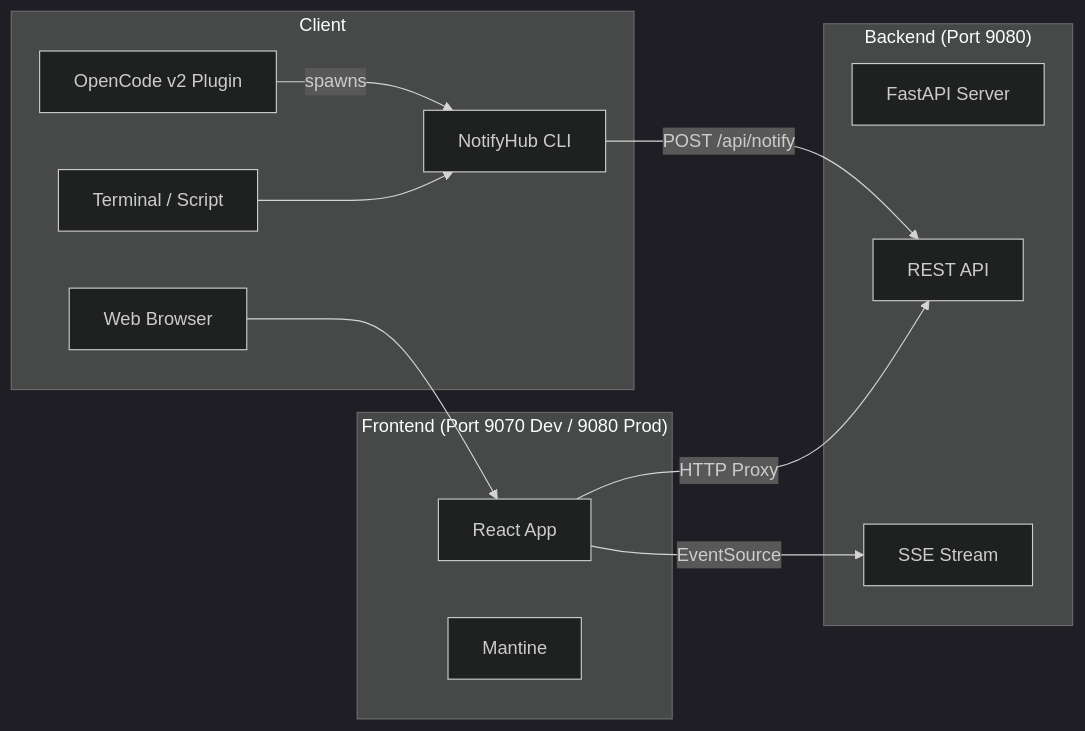
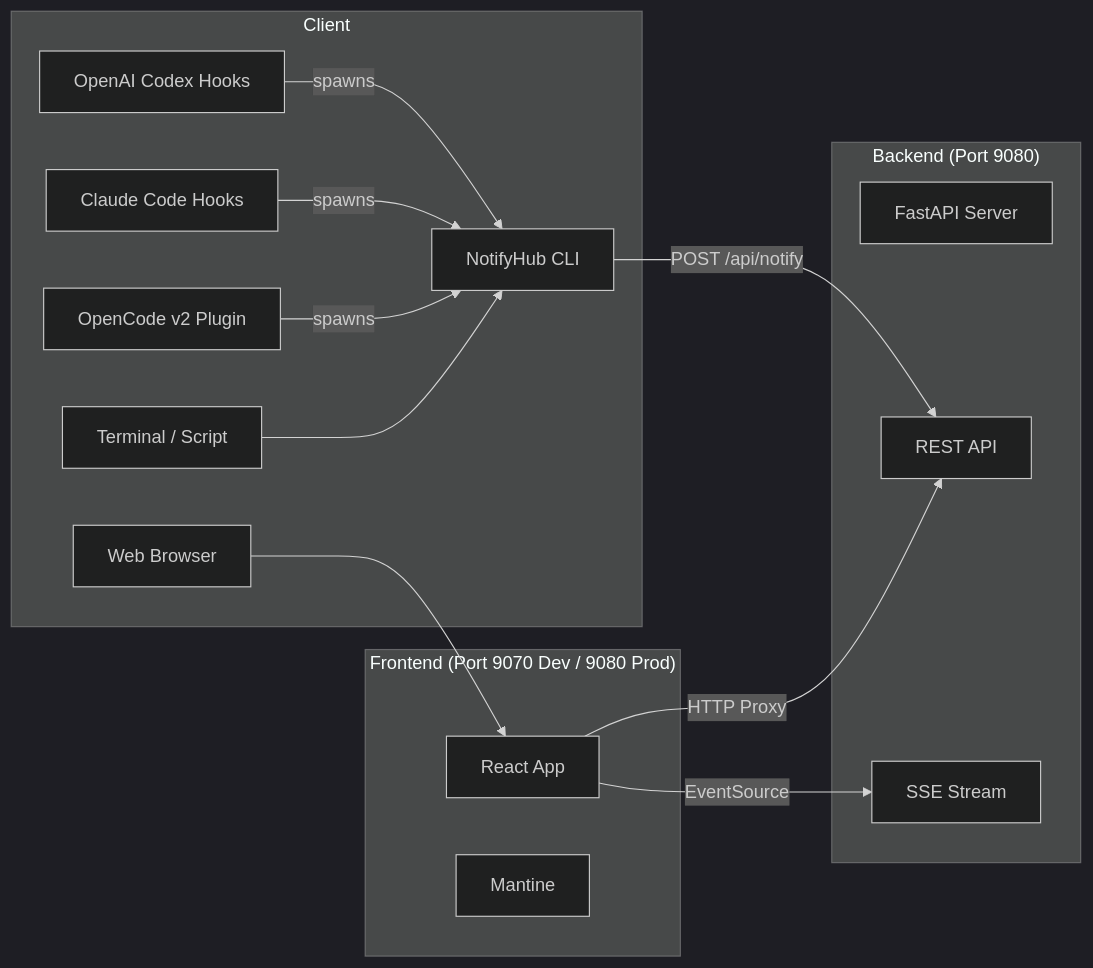
The first of 3 diagrams in README.md (lamnguyenx/NotifyHub), drawn with Mermaid (dark theme) before and after one commit. The commit also changed other lines of this file and 11 other files, not shown here.

First line of the commit message:
Add OpenAI Codex hooks integration

````diff
--- a/README.md
+++ b/README.md
@@ -35,27 +36,31 @@
 ```mermaid
 graph LR
     subgraph Client
         Browser[Web Browser]
         Terminal[Terminal / Script]
         OpenCode[OpenCode v2 Plugin]
+        Claude[Claude Code Hooks]
+        Codex[OpenAI Codex Hooks]
         CLI[NotifyHub CLI]
     end
 
     subgraph "Frontend (Port 9070 Dev / 9080 Prod)"
         React[React App]
         Mantine[Mantine]
     end
 
     subgraph "Backend (Port 9080)"
         FastAPI[FastAPI Server]
         API[REST API]
         SSE[SSE Stream]
     end
 
     Browser --> React
     React -- HTTP Proxy --> API
     React -- EventSource --> SSE
     Terminal --> CLI
     OpenCode -- spawns --> CLI
+    Claude -- spawns --> CLI
+    Codex -- spawns --> CLI
     CLI -- POST /api/notify --> API
 ```
````
